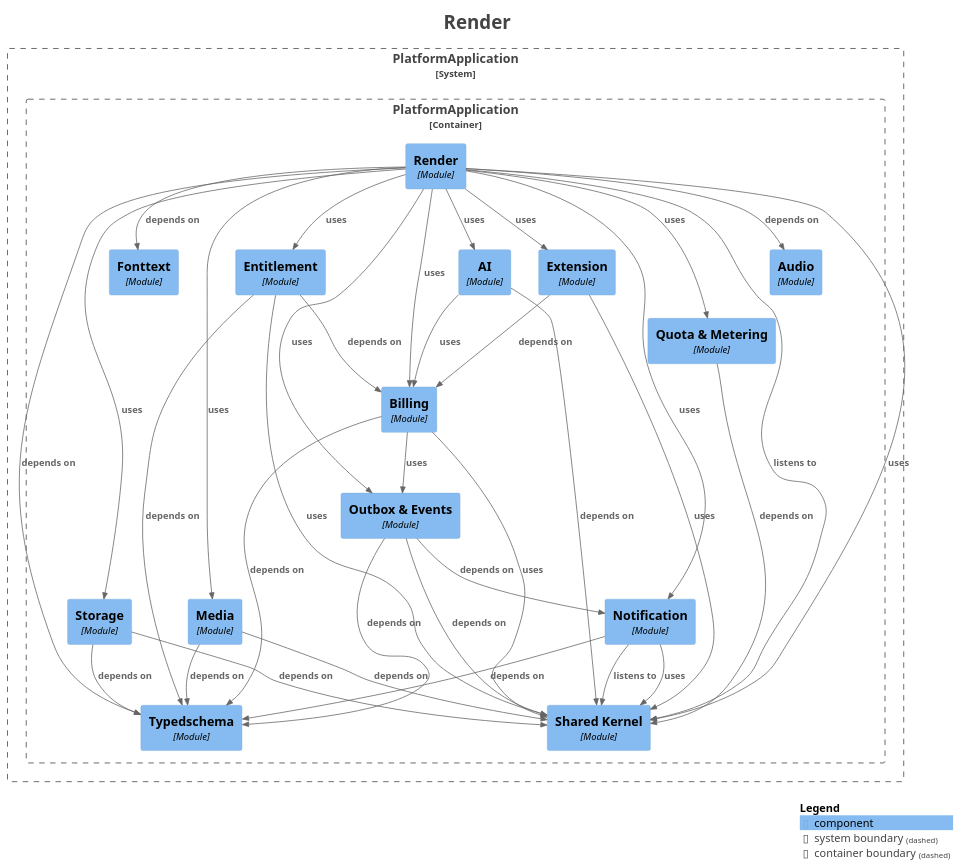
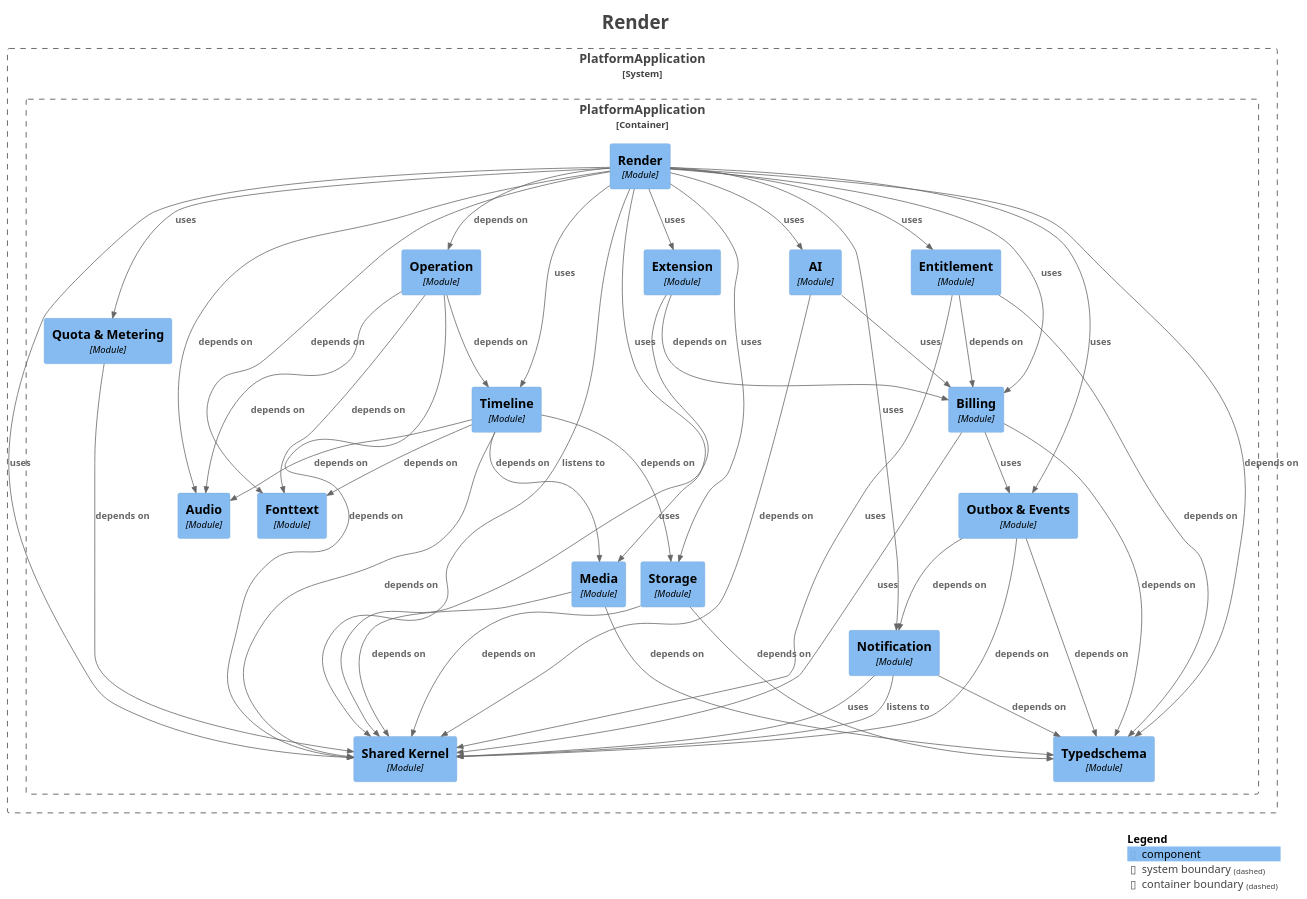
One commit to shangxq007/media-platform changed the diagram in platform-app/docs/architecture/maps/generated/modulith/module-render.puml. Above: the diagram before and after it, drawn with PlantUML. The commit also changed 37 other files, not shown here.

First line of the commit message:
refactor(gcr1): Phase G — Modulith ownership, guards, maps; operation-module layout fix

```diff
--- a/platform-app/docs/architecture/maps/generated/modulith/module-render.puml
+++ b/platform-app/docs/architecture/maps/generated/modulith/module-render.puml
@@ -1,76 +1,89 @@
 @startuml
 title <size:24>Render</size>
 
 set separator none
 top to bottom direction
 
 <style>
   root {
     BackgroundColor: #ffffff
     FontColor: #444444
   }
 </style>
 
 !include <C4/C4>
 !include <C4/C4_Context>
 !include <C4/C4_Component>
 
 System_Boundary("PlatformApplication_boundary", "PlatformApplication", $tags="") {
   Container_Boundary("PlatformApplication.PlatformApplication_boundary", "PlatformApplication", $tags="") {
     Component(PlatformApplication.PlatformApplication.Entitlement, "Entitlement", $techn="Module", $descr="", $tags="", $link="")
     Component(PlatformApplication.PlatformApplication.Extension, "Extension", $techn="Module", $descr="", $tags="", $link="")
     Component(PlatformApplication.PlatformApplication.Fonttext, "Fonttext", $techn="Module", $descr="", $tags="", $link="")
     Component(PlatformApplication.PlatformApplication.Media, "Media", $techn="Module", $descr="", $tags="", $link="")
     Component(PlatformApplication.PlatformApplication.Notification, "Notification", $techn="Module", $descr="", $tags="", $link="")
     Component(PlatformApplication.PlatformApplication.AI, "AI", $techn="Module", $descr="", $tags="", $link="")
+    Component(PlatformApplication.PlatformApplication.Operation, "Operation", $techn="Module", $descr="", $tags="", $link="")
     Component(PlatformApplication.PlatformApplication.OutboxEvents, "Outbox & Events", $techn="Module", $descr="", $tags="", $link="")
     Component(PlatformApplication.PlatformApplication.QuotaMetering, "Quota & Metering", $techn="Module", $descr="", $tags="", $link="")
     Component(PlatformApplication.PlatformApplication.Render, "Render", $techn="Module", $descr="", $tags="", $link="")
     Component(PlatformApplication.PlatformApplication.SharedKernel, "Shared Kernel", $techn="Module", $descr="", $tags="", $link="")
     Component(PlatformApplication.PlatformApplication.Storage, "Storage", $techn="Module", $descr="", $tags="", $link="")
+    Component(PlatformApplication.PlatformApplication.Timeline, "Timeline", $techn="Module", $descr="", $tags="", $link="")
     Component(PlatformApplication.PlatformApplication.Typedschema, "Typedschema", $techn="Module", $descr="", $tags="", $link="")
     Component(PlatformApplication.PlatformApplication.Audio, "Audio", $techn="Module", $descr="", $tags="", $link="")
     Component(PlatformApplication.PlatformApplication.Billing, "Billing", $techn="Module", $descr="", $tags="", $link="")
   }
 
 }
 
 Rel(PlatformApplication.PlatformApplication.AI, PlatformApplication.PlatformApplication.Billing, "uses", $techn="", $tags="", $link="")
 Rel(PlatformApplication.PlatformApplication.AI, PlatformApplication.PlatformApplication.SharedKernel, "depends on", $techn="", $tags="", $link="")
 Rel(PlatformApplication.PlatformApplication.Billing, PlatformApplication.PlatformApplication.OutboxEvents, "uses", $techn="", $tags="", $link="")
 Rel(PlatformApplication.PlatformApplication.Billing, PlatformApplication.PlatformApplication.SharedKernel, "uses", $techn="", $tags="", $link="")
 Rel(PlatformApplication.PlatformApplication.Billing, PlatformApplication.PlatformApplication.Typedschema, "depends on", $techn="", $tags="", $link="")
 Rel(PlatformApplication.PlatformApplication.Entitlement, PlatformApplication.PlatformApplication.Billing, "depends on", $techn="", $tags="", $link="")
 Rel(PlatformApplication.PlatformApplication.Entitlement, PlatformApplication.PlatformApplication.SharedKernel, "uses", $techn="", $tags="", $link="")
 Rel(PlatformApplication.PlatformApplication.Entitlement, PlatformApplication.PlatformApplication.Typedschema, "depends on", $techn="", $tags="", $link="")
 Rel(PlatformApplication.PlatformApplication.Extension, PlatformApplication.PlatformApplication.Billing, "depends on", $techn="", $tags="", $link="")
 Rel(PlatformApplication.PlatformApplication.Extension, PlatformApplication.PlatformApplication.SharedKernel, "uses", $techn="", $tags="", $link="")
 Rel(PlatformApplication.PlatformApplication.Media, PlatformApplication.PlatformApplication.SharedKernel, "depends on", $techn="", $tags="", $link="")
 Rel(PlatformApplication.PlatformApplication.Media, PlatformApplication.PlatformApplication.Typedschema, "depends on", $techn="", $tags="", $link="")
 Rel(PlatformApplication.PlatformApplication.Notification, PlatformApplication.PlatformApplication.SharedKernel, "listens to", $techn="", $tags="", $link="")
 Rel(PlatformApplication.PlatformApplication.Notification, PlatformApplication.PlatformApplication.SharedKernel, "uses", $techn="", $tags="", $link="")
 Rel(PlatformApplication.PlatformApplication.Notification, PlatformApplication.PlatformApplication.Typedschema, "depends on", $techn="", $tags="", $link="")
+Rel(PlatformApplication.PlatformApplication.Operation, PlatformApplication.PlatformApplication.Audio, "depends on", $techn="", $tags="", $link="")
+Rel(PlatformApplication.PlatformApplication.Operation, PlatformApplication.PlatformApplication.Fonttext, "depends on", $techn="", $tags="", $link="")
+Rel(PlatformApplication.PlatformApplication.Operation, PlatformApplication.PlatformApplication.SharedKernel, "depends on", $techn="", $tags="", $link="")
+Rel(PlatformApplication.PlatformApplication.Operation, PlatformApplication.PlatformApplication.Timeline, "depends on", $techn="", $tags="", $link="")
 Rel(PlatformApplication.PlatformApplication.OutboxEvents, PlatformApplication.PlatformApplication.Notification, "depends on", $techn="", $tags="", $link="")
 Rel(PlatformApplication.PlatformApplication.OutboxEvents, PlatformApplication.PlatformApplication.SharedKernel, "depends on", $techn="", $tags="", $link="")
 Rel(PlatformApplication.PlatformApplication.OutboxEvents, PlatformApplication.PlatformApplication.Typedschema, "depends on", $techn="", $tags="", $link="")
 Rel(PlatformApplication.PlatformApplication.QuotaMetering, PlatformApplication.PlatformApplication.SharedKernel, "depends on", $techn="", $tags="", $link="")
 Rel(PlatformApplication.PlatformApplication.Render, PlatformApplication.PlatformApplication.AI, "uses", $techn="", $tags="", $link="")
 Rel(PlatformApplication.PlatformApplication.Render, PlatformApplication.PlatformApplication.Audio, "depends on", $techn="", $tags="", $link="")
 Rel(PlatformApplication.PlatformApplication.Render, PlatformApplication.PlatformApplication.Billing, "uses", $techn="", $tags="", $link="")
 Rel(PlatformApplication.PlatformApplication.Render, PlatformApplication.PlatformApplication.Entitlement, "uses", $techn="", $tags="", $link="")
 Rel(PlatformApplication.PlatformApplication.Render, PlatformApplication.PlatformApplication.Extension, "uses", $techn="", $tags="", $link="")
 Rel(PlatformApplication.PlatformApplication.Render, PlatformApplication.PlatformApplication.Fonttext, "depends on", $techn="", $tags="", $link="")
 Rel(PlatformApplication.PlatformApplication.Render, PlatformApplication.PlatformApplication.Media, "uses", $techn="", $tags="", $link="")
 Rel(PlatformApplication.PlatformApplication.Render, PlatformApplication.PlatformApplication.Notification, "uses", $techn="", $tags="", $link="")
+Rel(PlatformApplication.PlatformApplication.Render, PlatformApplication.PlatformApplication.Operation, "depends on", $techn="", $tags="", $link="")
 Rel(PlatformApplication.PlatformApplication.Render, PlatformApplication.PlatformApplication.OutboxEvents, "uses", $techn="", $tags="", $link="")
 Rel(PlatformApplication.PlatformApplication.Render, PlatformApplication.PlatformApplication.QuotaMetering, "uses", $techn="", $tags="", $link="")
 Rel(PlatformApplication.PlatformApplication.Render, PlatformApplication.PlatformApplication.SharedKernel, "listens to", $techn="", $tags="", $link="")
 Rel(PlatformApplication.PlatformApplication.Render, PlatformApplication.PlatformApplication.SharedKernel, "uses", $techn="", $tags="", $link="")
 Rel(PlatformApplication.PlatformApplication.Render, PlatformApplication.PlatformApplication.Storage, "uses", $techn="", $tags="", $link="")
+Rel(PlatformApplication.PlatformApplication.Render, PlatformApplication.PlatformApplication.Timeline, "uses", $techn="", $tags="", $link="")
 Rel(PlatformApplication.PlatformApplication.Render, PlatformApplication.PlatformApplication.Typedschema, "depends on", $techn="", $tags="", $link="")
 Rel(PlatformApplication.PlatformApplication.Storage, PlatformApplication.PlatformApplication.SharedKernel, "depends on", $techn="", $tags="", $link="")
 Rel(PlatformApplication.PlatformApplication.Storage, PlatformApplication.PlatformApplication.Typedschema, "depends on", $techn="", $tags="", $link="")
+Rel(PlatformApplication.PlatformApplication.Timeline, PlatformApplication.PlatformApplication.Audio, "depends on", $techn="", $tags="", $link="")
+Rel(PlatformApplication.PlatformApplication.Timeline, PlatformApplication.PlatformApplication.Fonttext, "depends on", $techn="", $tags="", $link="")
+Rel(PlatformApplication.PlatformApplication.Timeline, PlatformApplication.PlatformApplication.Media, "depends on", $techn="", $tags="", $link="")
+Rel(PlatformApplication.PlatformApplication.Timeline, PlatformApplication.PlatformApplication.SharedKernel, "depends on", $techn="", $tags="", $link="")
+Rel(PlatformApplication.PlatformApplication.Timeline, PlatformApplication.PlatformApplication.Storage, "depends on", $techn="", $tags="", $link="")
 
 SHOW_LEGEND(true)
 hide stereotypes
 @enduml
```
